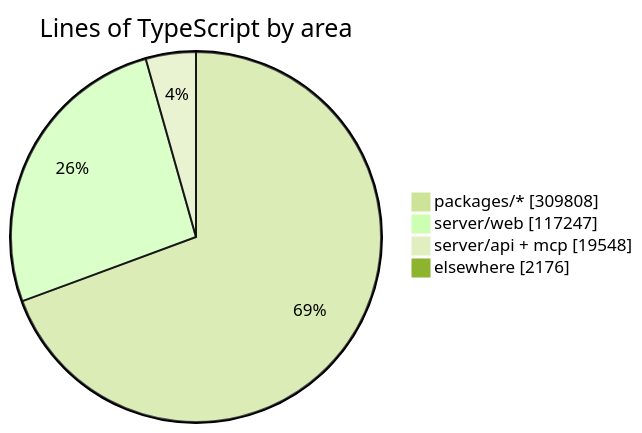
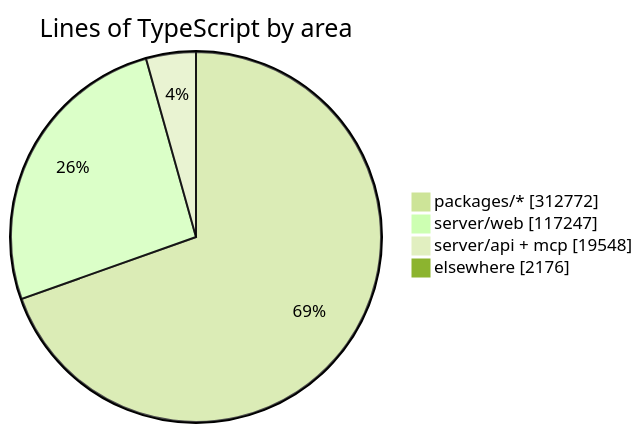
One commit to crossworks-engineering/mantle changed the diagram in README.md. Above: the diagram before and after it, drawn with Mermaid (forest theme). The commit also changed other lines of this file and 2 other files, not shown here.

````diff
--- a/README.md
+++ b/README.md
@@ -294,7 +294,7 @@
 ```mermaid
 pie showData title Lines of TypeScript by area
-    "packages/*" : 309808
+    "packages/*" : 312772
     "server/web" : 117247
     "server/api + mcp" : 19548
     "elsewhere" : 2176
 ```
````
